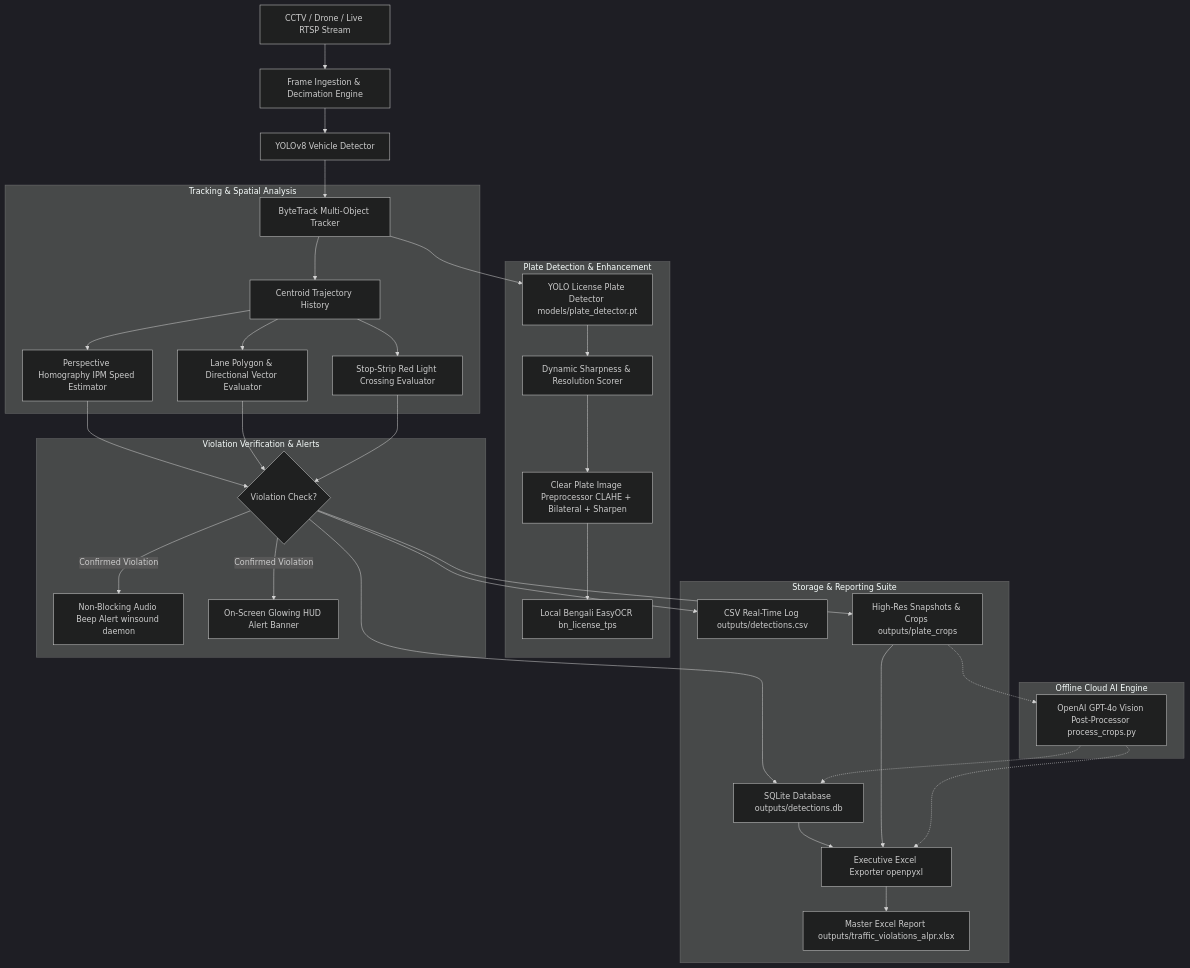
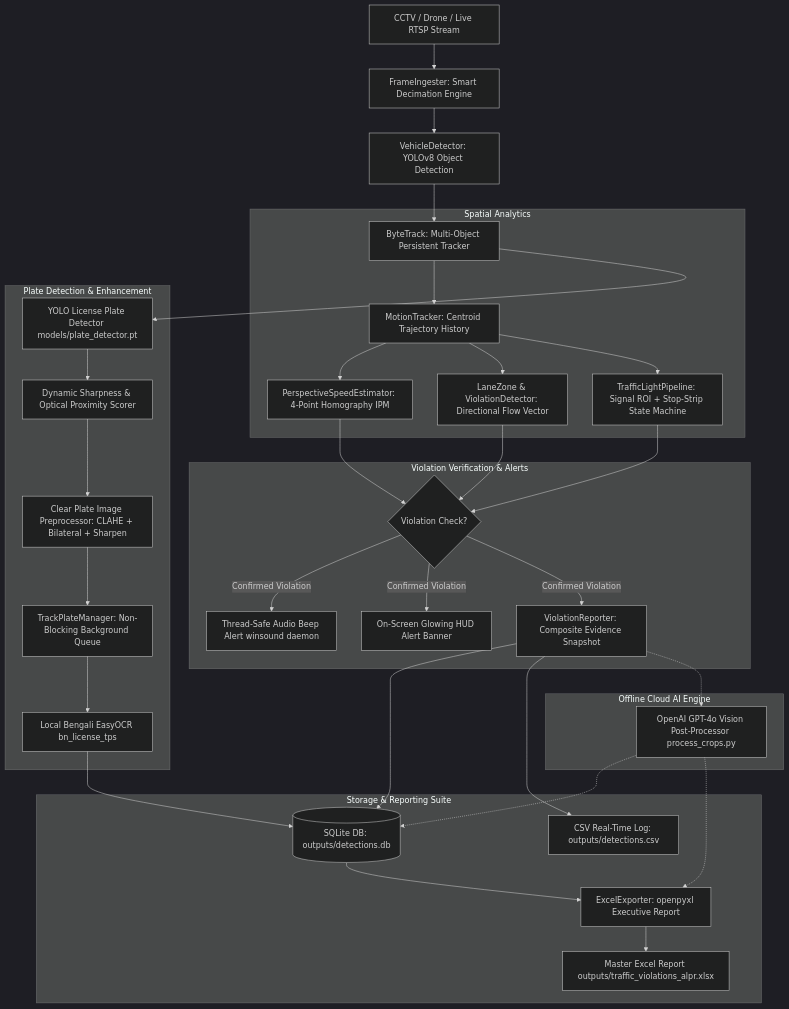
The diagram in SYSTEM_ARCHITECTURE_AND_SETUP.md (imdad-bizz/traffic-automation), drawn with Mermaid (dark theme) before and after one commit. The commit also changed other lines of this file and 1 other file, not shown here.

````diff
--- a/SYSTEM_ARCHITECTURE_AND_SETUP.md
+++ b/SYSTEM_ARCHITECTURE_AND_SETUP.md
@@ -23,43 +25,44 @@
 ```mermaid
 flowchart TD
-    A[CCTV / Drone / Live RTSP Stream] --> B[Frame Ingestion & Decimation Engine]
-    B --> C[YOLOv8 Vehicle Detector]
-    C --> D[ByteTrack Multi-Object Tracker]
+    A[CCTV / Drone / Live RTSP Stream] --> B[FrameIngester: Smart Decimation Engine]
+    B --> C[VehicleDetector: YOLOv8 Object Detection]
+    C --> D[ByteTrack: Multi-Object Persistent Tracker]
     
-    subgraph Tracking & Spatial Analysis
-        D --> E[Centroid Trajectory History]
-        E --> F[Perspective Homography IPM Speed Estimator]
-        E --> G[Lane Polygon & Directional Vector Evaluator]
-        E --> H[Stop-Strip Red Light Crossing Evaluator]
+    subgraph Spatial Analytics
+        D --> E[MotionTracker: Centroid Trajectory History]
+        E --> F[PerspectiveSpeedEstimator: 4-Point Homography IPM]
+        E --> G[LaneZone & ViolationDetector: Directional Flow Vector]
+        E --> H[TrafficLightPipeline: Signal ROI + Stop-Strip State Machine]
     end
 
     subgraph Plate Detection & Enhancement
         D --> I[YOLO License Plate Detector models/plate_detector.pt]
-        I --> J[Dynamic Sharpness & Resolution Scorer]
-        J --> K[Clear Plate Image Preprocessor CLAHE + Bilateral + Sharpen]
-        K --> L[Local Bengali EasyOCR bn_license_tps]
+        I --> J[Dynamic Sharpness & Optical Proximity Scorer]
+        J --> K[Clear Plate Image Preprocessor: CLAHE + Bilateral + Sharpen]
+        K --> L[TrackPlateManager: Non-Blocking Background Queue]
+        L --> M[Local Bengali EasyOCR bn_license_tps]
     end
 
     subgraph Violation Verification & Alerts
-        F --> M{Violation Check?}
-        G --> M
-        H --> M
-        M -->|Confirmed Violation| N[Non-Blocking Audio Beep Alert winsound daemon]
-        M -->|Confirmed Violation| O[On-Screen Glowing HUD Alert Banner]
+        F --> N{Violation Check?}
+        G --> N
+        H --> N
+        N -->|Confirmed Violation| O[Thread-Safe Audio Beep Alert winsound daemon]
+        N -->|Confirmed Violation| P[On-Screen Glowing HUD Alert Banner]
+        N -->|Confirmed Violation| Q[ViolationReporter: Composite Evidence Snapshot]
     end
 
     subgraph Storage & Reporting Suite
-        M --> P[SQLite Database outputs/detections.db]
-        M --> Q[CSV Real-Time Log outputs/detections.csv]
-        M --> R[High-Res Snapshots & Crops outputs/plate_crops]
-        P --> S[Executive Excel Exporter openpyxl]
-        R --> S
-        S --> T[Master Excel Report outputs/traffic_violations_alpr.xlsx]
+        Q --> R[(SQLite DB: outputs/detections.db)]
+        Q --> S[CSV Real-Time Log: outputs/detections.csv]
+        M --> R
+        R --> T[ExcelExporter: openpyxl Executive Report]
+        T --> U[Master Excel Report outputs/traffic_violations_alpr.xlsx]
     end
 
     subgraph Offline Cloud AI Engine
-        R -.-> U[OpenAI GPT-4o Vision Post-Processor process_crops.py]
-        U -.-> P
-        U -.-> S
+        Q -.-> V[OpenAI GPT-4o Vision Post-Processor process_crops.py]
+        V -.-> R
+        V -.-> T
     end
 ```
````
